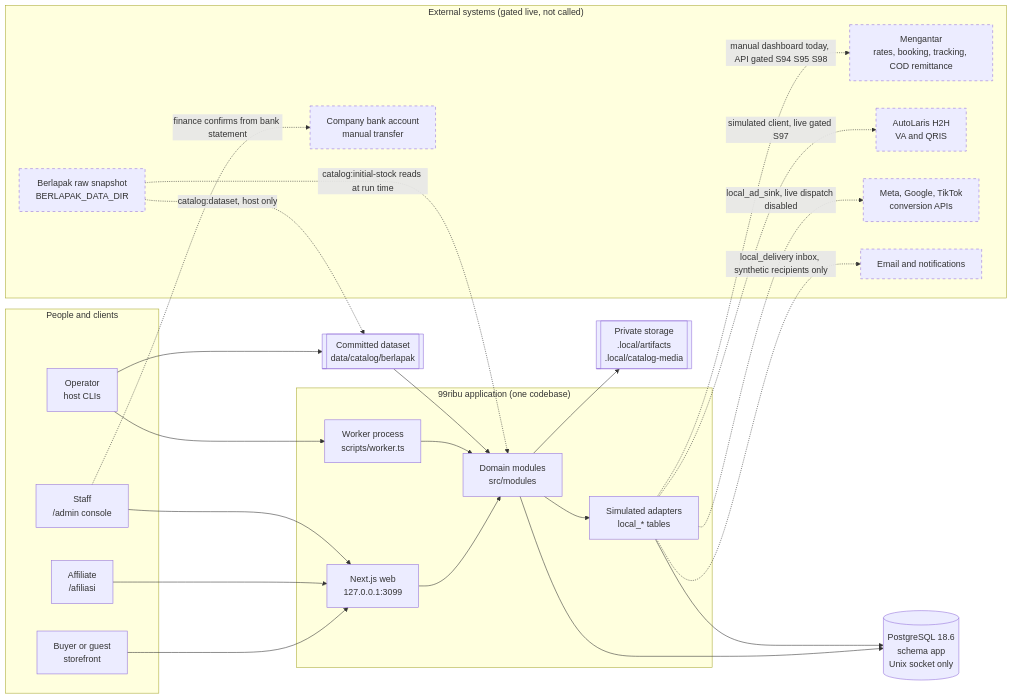
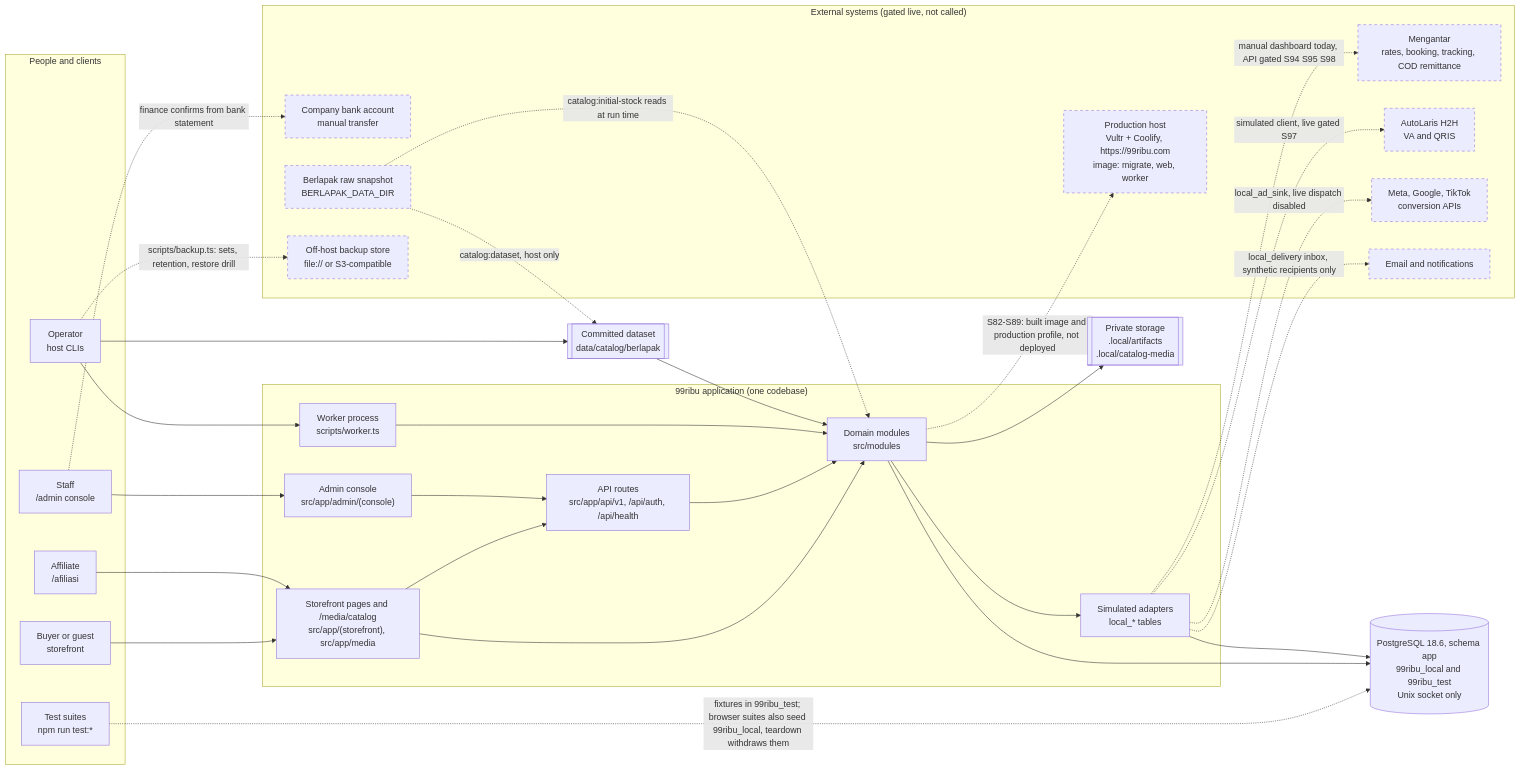
The first of 13 diagrams in ARCHITECTURE.md (ongkipro/99ribu), drawn with Mermaid before and after one commit. The commit also changed other lines of this file and 231 other files, not shown here.

First line of the commit message:
feat: catalog v3, account tabs, admin precision pass, module splits, Next 16.4.3; sync ARCHITECTURE

````diff
--- a/ARCHITECTURE.md
+++ b/ARCHITECTURE.md
@@ -41,52 +41,63 @@
 ```mermaid
 flowchart LR
   subgraph People["People and clients"]
     Buyer["Buyer or guest<br/>storefront"]
     Affiliate["Affiliate<br/>/afiliasi"]
     Staff["Staff<br/>/admin console"]
     Operator["Operator<br/>host CLIs"]
+    Tests["Test suites<br/>npm run test:*"]
   end
 
   subgraph App["99ribu application (one codebase)"]
-    Web["Next.js web<br/>127.0.0.1:3099"]
+    Store["Storefront pages and /media/catalog<br/>src/app/(storefront), src/app/media"]
+    Console["Admin console<br/>src/app/admin/(console)"]
+    API["API routes<br/>src/app/api/v1, /api/auth, /api/health"]
     Worker["Worker process<br/>scripts/worker.ts"]
     Modules["Domain modules<br/>src/modules"]
     Sims["Simulated adapters<br/>local_* tables"]
   end
 
-  DB[("PostgreSQL 18.6<br/>schema app<br/>Unix socket only")]
+  DB[("PostgreSQL 18.6, schema app<br/>99ribu_local and 99ribu_test<br/>Unix socket only")]
   Files[["Private storage<br/>.local/artifacts<br/>.local/catalog-media"]]
   Dataset[["Committed dataset<br/>data/catalog/berlapak"]]
 
   subgraph Gated["External systems (gated live, not called)"]
     Mengantar["Mengantar<br/>rates, booking, tracking, COD remittance"]
     AutoLaris["AutoLaris H2H<br/>VA and QRIS"]
     Bank["Company bank account<br/>manual transfer"]
     Ads["Meta, Google, TikTok<br/>conversion APIs"]
     Mail["Email and notifications"]
     Raw["Berlapak raw snapshot<br/>BERLAPAK_DATA_DIR"]
+    Offhost["Off-host backup store<br/>file:// or S3-compatible"]
+    Prod["Production host<br/>Vultr + Coolify, https://99ribu.com<br/>image: migrate, web, worker"]
   end
 
-  Buyer --> Web
-  Affiliate --> Web
-  Staff --> Web
+  Buyer --> Store
+  Affiliate --> Store
+  Staff --> Console
+  Store --> API
+  Console --> API
+  Store --> Modules
+  API --> Modules
   Operator --> Worker
   Operator --> Dataset
-  Web --> Modules
+  Tests -. "fixtures in 99ribu_test; browser suites also seed 99ribu_local, teardown withdraws them" .-> DB
   Worker --> Modules
   Modules --> DB
   Modules --> Files
   Modules --> Sims
   Sims --> DB
   Dataset --> Modules
   Raw -. "catalog:dataset, host only" .-> Dataset
   Raw -. "catalog:initial-stock reads at run time" .-> Modules
   Sims -. "manual dashboard today, API gated S94 S95 S98" .-> Mengantar
   Sims -. "simulated client, live gated S97" .-> AutoLaris
   Staff -. "finance confirms from bank statement" .-> Bank
   Sims -. "local_ad_sink, live dispatch disabled" .-> Ads
   Sims -. "local_delivery inbox, synthetic recipients only" .-> Mail
+  Operator -. "scripts/backup.ts: sets, retention, restore drill" .-> Offhost
+  Modules -. "S82-S89: built image and production profile, not deployed" .-> Prod
 
   classDef gated stroke-dasharray: 5 5
-  class Mengantar,AutoLaris,Bank,Ads,Mail,Raw gated
+  class Mengantar,AutoLaris,Bank,Ads,Mail,Raw,Offhost,Prod gated
 ```
````
